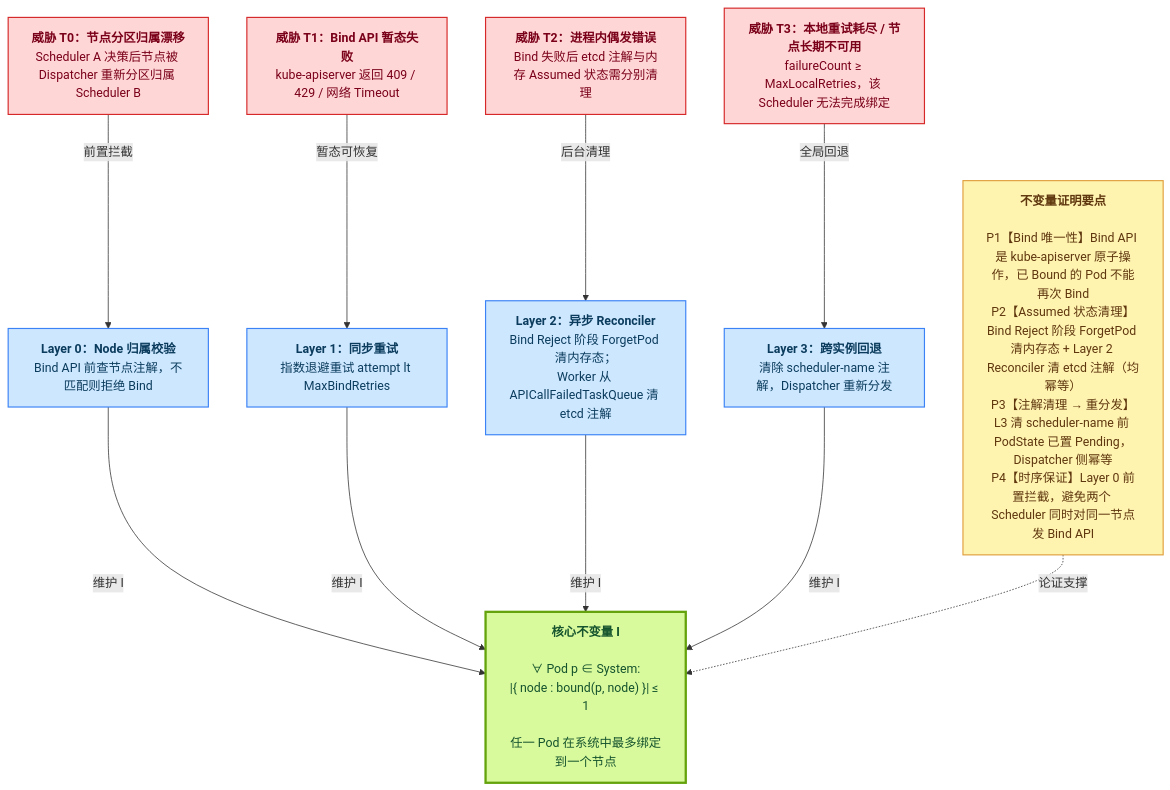
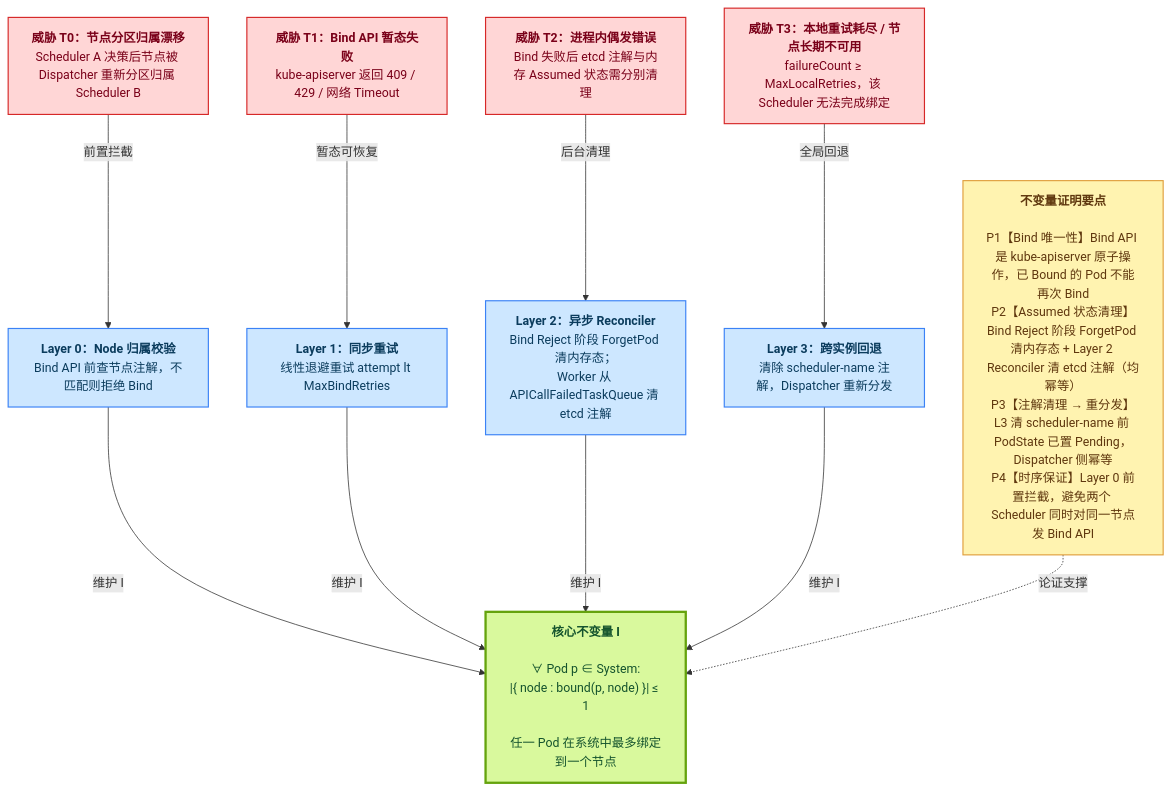
Before and after one commit to tengfei86/godel-scheduler: the diagram in docs/thesis/figures/fig4-3-consistency-invariant.mmd, drawn with Mermaid. The commit also changed 2 other files, not shown here.

```diff
--- a/docs/thesis/figures/fig4-3-consistency-invariant.mmd
+++ b/docs/thesis/figures/fig4-3-consistency-invariant.mmd
@@ -1,33 +1,33 @@
 flowchart TB
     INV["<b>核心不变量 I</b><br/><br/>∀ Pod p ∈ System:<br/>|{ node : bound(p, node) }| ≤ 1<br/><br/>任一 Pod 在系统中最多绑定到一个节点"]:::invariant
 
     T0["<b>威胁 T0：节点分区归属漂移</b><br/>Scheduler A 决策后节点被 Dispatcher 重新分区归属 Scheduler B"]:::threat
     D0["<b>Layer 0：Node 归属校验</b><br/>Bind API 前查节点注解，不匹配则拒绝 Bind"]:::defense
 
     T1["<b>威胁 T1：Bind API 暂态失败</b><br/>kube-apiserver 返回 409 / 429 / 网络 Timeout"]:::threat
-    D1["<b>Layer 1：同步重试</b><br/>指数退避重试 attempt lt MaxBindRetries"]:::defense
+    D1["<b>Layer 1：同步重试</b><br/>线性退避重试 attempt lt MaxBindRetries"]:::defense
 
     T2["<b>威胁 T2：进程内偶发错误</b><br/>Bind 失败后 etcd 注解与内存 Assumed 状态需分别清理"]:::threat
     D2["<b>Layer 2：异步 Reconciler</b><br/>Bind Reject 阶段 ForgetPod 清内存态；<br/>Worker 从 APICallFailedTaskQueue 清 etcd 注解"]:::defense
 
     T3["<b>威胁 T3：本地重试耗尽 / 节点长期不可用</b><br/>failureCount ≥ MaxLocalRetries，该 Scheduler 无法完成绑定"]:::threat
     D3["<b>Layer 3：跨实例回退</b><br/>清除 scheduler-name 注解，Dispatcher 重新分发"]:::defense
 
     T0 -->|前置拦截| D0
     T1 -->|暂态可恢复| D1
     T2 -->|后台清理| D2
     T3 -->|全局回退| D3
 
     D0 -->|维护 I| INV
     D1 -->|维护 I| INV
     D2 -->|维护 I| INV
     D3 -->|维护 I| INV
 
     P["<b>不变量证明要点</b><br/><br/>P1【Bind 唯一性】Bind API 是 kube-apiserver 原子操作，已 Bound 的 Pod 不能再次 Bind<br/>P2【Assumed 状态清理】Bind Reject 阶段 ForgetPod 清内存态 + Layer 2 Reconciler 清 etcd 注解（均幂等）<br/>P3【注解清理 → 重分发】L3 清 scheduler-name 前 PodState 已置 Pending，Dispatcher 侧幂等<br/>P4【时序保证】Layer 0 前置拦截，避免两个 Scheduler 同时对同一节点发 Bind API"]:::proof
 
     P -.论证支撑.-> INV
 
     classDef invariant fill:#d9f99d,color:#14532d,stroke:#65a30d,stroke-width:3px;
     classDef threat fill:#ffd6d6,color:#7a0019,stroke:#d62828,stroke-width:1.5px;
     classDef defense fill:#cde7ff,color:#0b3c5d,stroke:#3b82f6,stroke-width:1.5px;
     classDef proof fill:#fff3b0,color:#5f370e,stroke:#e09f3e,stroke-width:1.5px;
```
